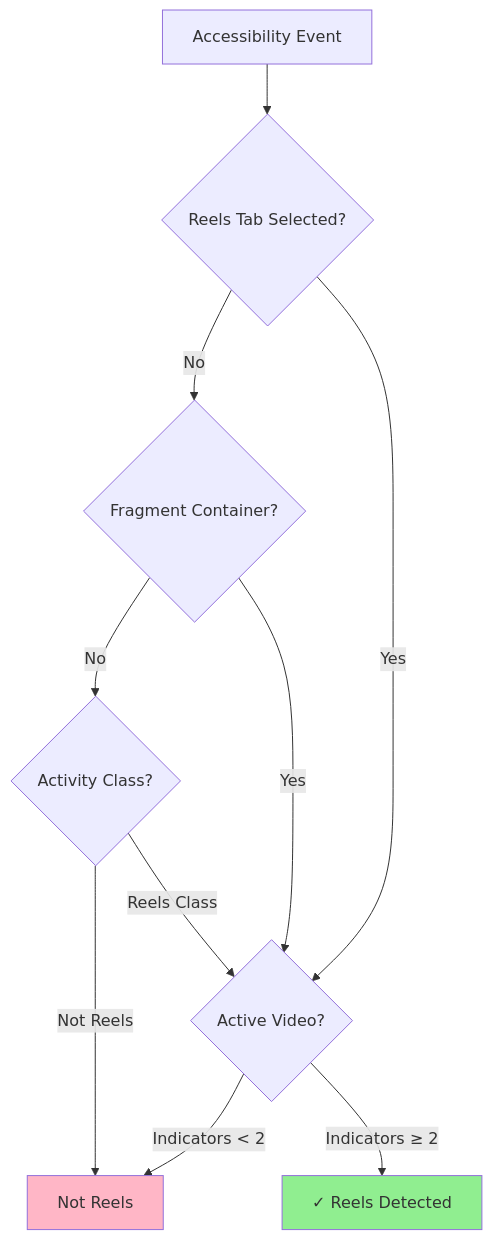
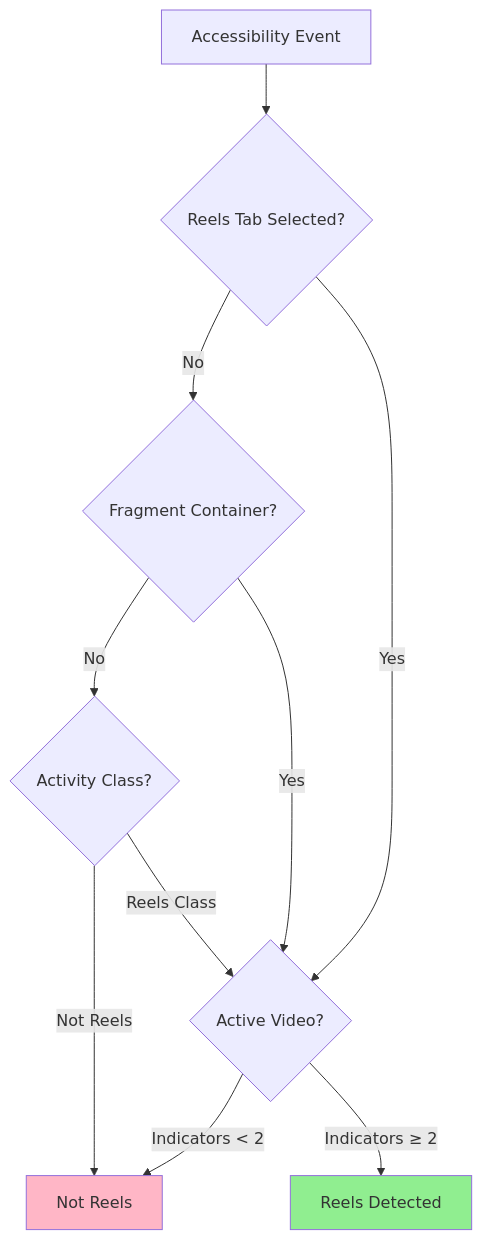
The fifth of 7 diagrams in app/README.md (atick-faisal/Shorts-Blocker), drawn with Mermaid before and after one commit. The commit also changed other lines of this file and 3 other files, not shown here.

````diff
--- a/app/README.md
+++ b/app/README.md
@@ -381,15 +163,15 @@
 ```mermaid
 flowchart TD
     A[Accessibility Event] --> B{Reels Tab Selected?}
     B -->|No| C{Fragment Container?}
     B -->|Yes| D{Active Video?}
     C -->|No| E{Activity Class?}
     C -->|Yes| D
     E -->|Not Reels| Z[Not Reels]
     E -->|Reels Class| D
     D -->|Indicators < 2| Z
-    D -->|Indicators ≥ 2| F[✓ Reels Detected]
+    D -->|Indicators ≥ 2| F[Reels Detected]
 
 style F fill: #90EE90
 style Z fill: #FFB6C6
 ```
````
